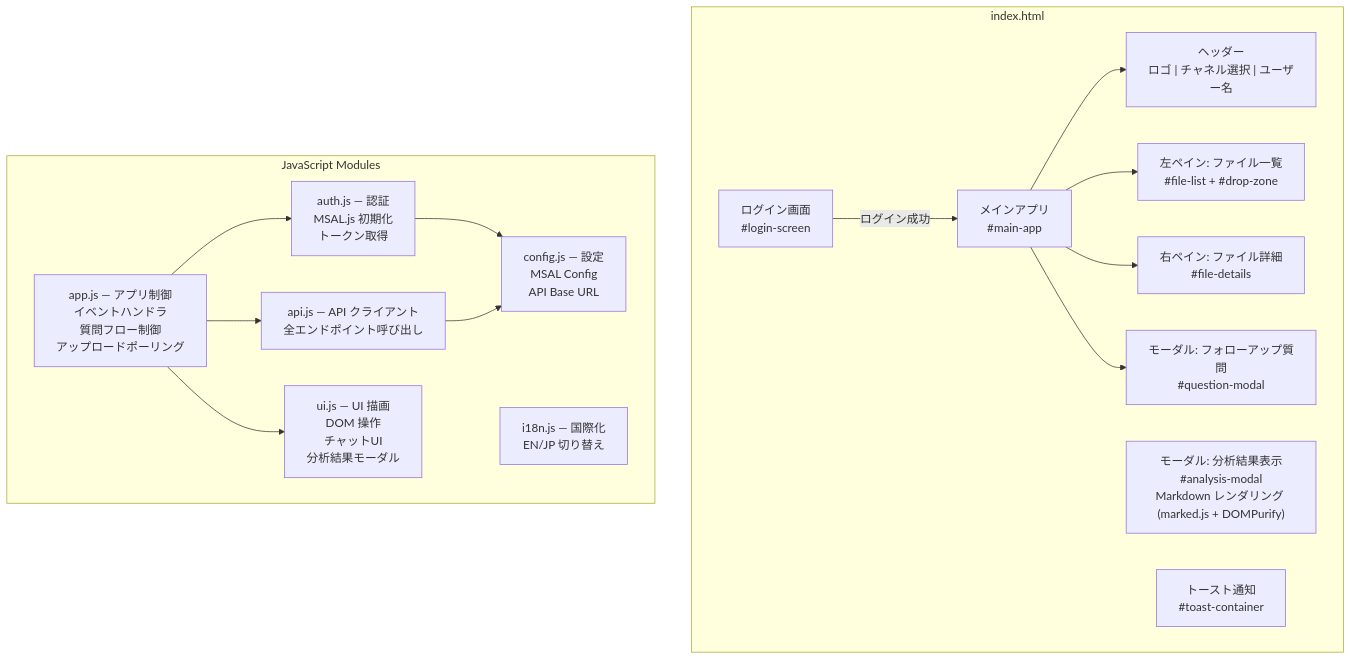
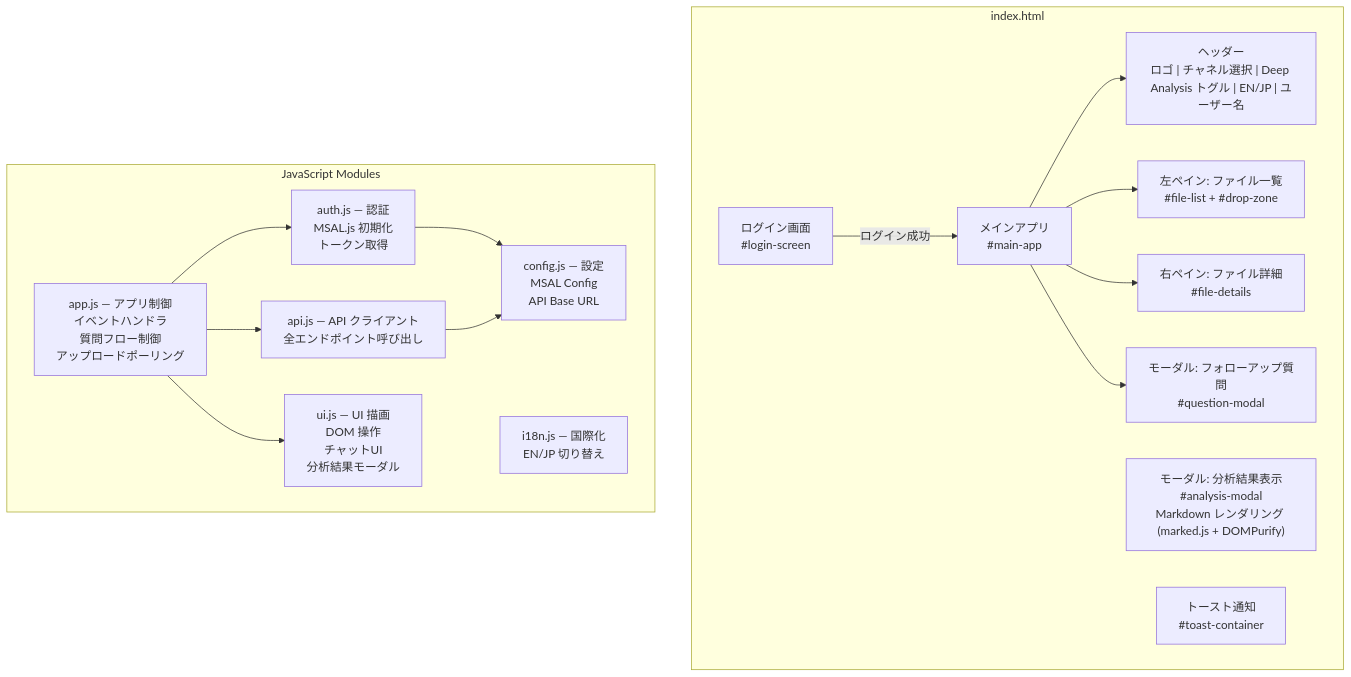
Before and after one commit to hatasaki/Manufacturing-Intelligent-Document-Management: diagram 19 of 20 in docs/ARCHITECTURE.md, drawn with Mermaid. The commit also changed other lines of this file and 8 other files, not shown here.

Commit message:
Add Deep Analysis feature with toggle and localization support

````diff
--- a/docs/ARCHITECTURE.md
+++ b/docs/ARCHITECTURE.md
@@ -659,33 +660,33 @@
 ```mermaid
 graph TD
     subgraph "index.html"
         LOGIN["ログイン画面<br/>#login-screen"]
         MAIN["メインアプリ<br/>#main-app"]
-        HEADER["ヘッダー<br/>ロゴ | チャネル選択 | ユーザー名"]
+        HEADER["ヘッダー<br/>ロゴ | チャネル選択 | Deep Analysis トグル | EN/JP | ユーザー名"]
         LEFT["左ペイン: ファイル一覧<br/>#file-list + #drop-zone"]
         RIGHT["右ペイン: ファイル詳細<br/>#file-details"]
         MODAL["モーダル: フォローアップ質問<br/>#question-modal"]
         ANALYSIS_MODAL["モーダル: 分析結果表示<br/>#analysis-modal<br/>Markdown レンダリング (marked.js + DOMPurify)"]
         TOAST["トースト通知<br/>#toast-container"]
     end
 
     subgraph "JavaScript Modules"
         APP_JS["app.js — アプリ制御<br/>イベントハンドラ<br/>質問フロー制御<br/>アップロードポーリング"]
         AUTH_JS["auth.js — 認証<br/>MSAL.js 初期化<br/>トークン取得"]
         API_JS["api.js — API クライアント<br/>全エンドポイント呼び出し"]
         UI_JS["ui.js — UI 描画<br/>DOM 操作<br/>チャットUI<br/>分析結果モーダル"]
         CONFIG_JS["config.js — 設定<br/>MSAL Config<br/>API Base URL"]
         I18N_JS["i18n.js — 国際化<br/>EN/JP 切り替え"]
     end
 
     LOGIN -->|"ログイン成功"| MAIN
     MAIN --> HEADER
     MAIN --> LEFT
     MAIN --> RIGHT
     MAIN --> MODAL
     APP_JS --> AUTH_JS
     APP_JS --> API_JS
     APP_JS --> UI_JS
     AUTH_JS --> CONFIG_JS
     API_JS --> CONFIG_JS
 ```
````
